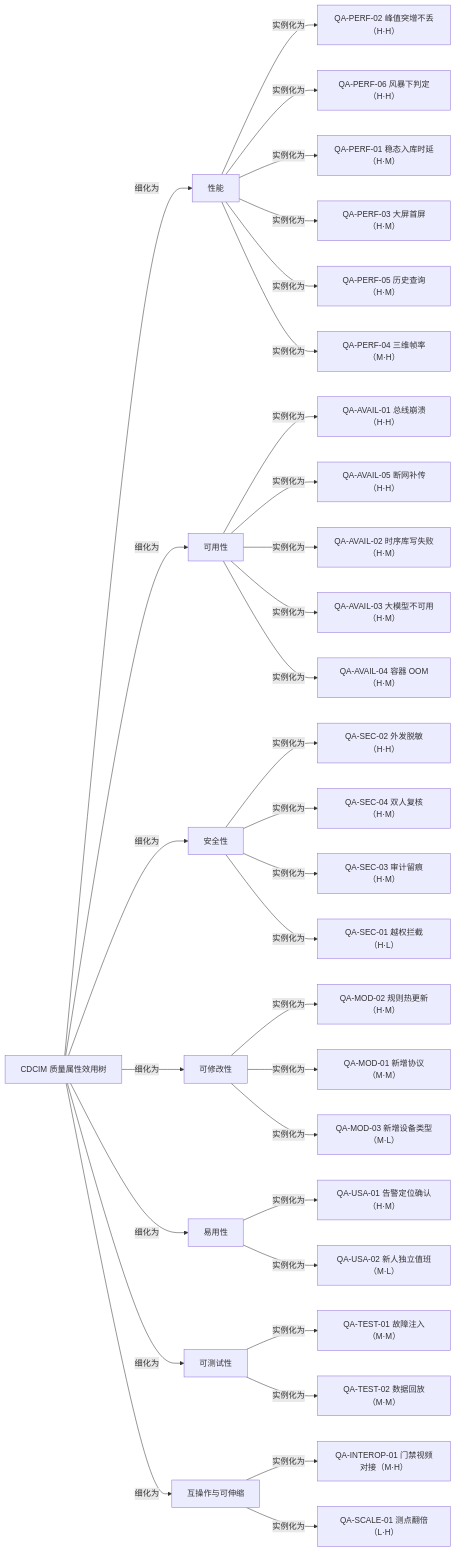
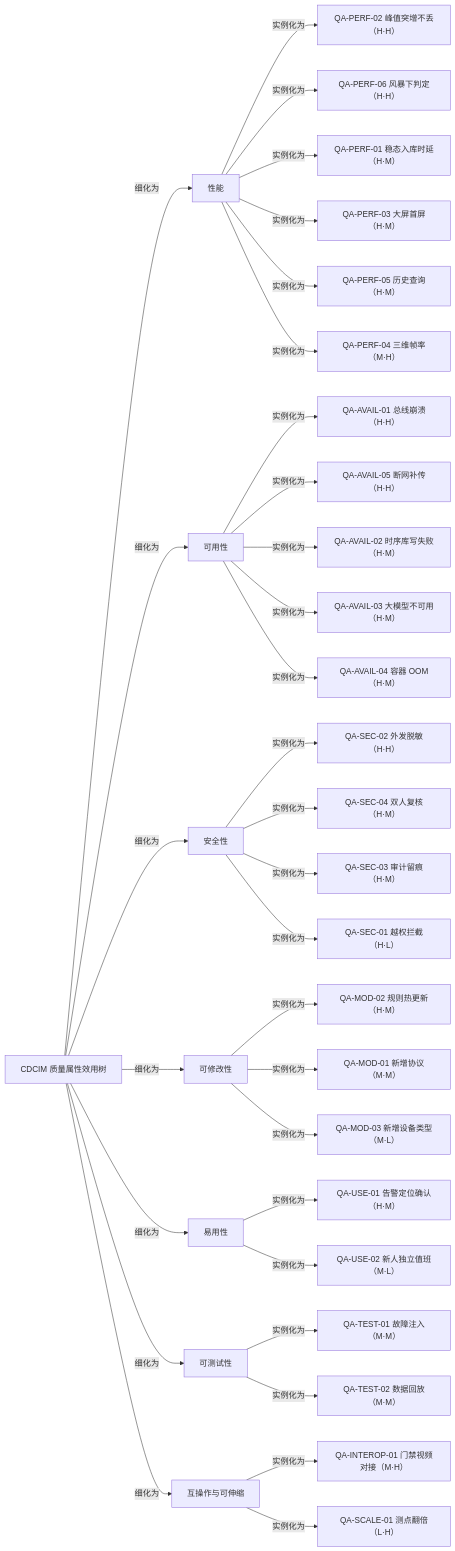
Before and after one commit to smornfly/CDCIM: the diagram in docs/02-需求/04-质量属性效用树.md, drawn with Mermaid. The commit also changed other lines of this file and 2 other files, not shown here.

````diff
--- a/docs/02-需求/04-质量属性效用树.md
+++ b/docs/02-需求/04-质量属性效用树.md
@@ -77,51 +77,51 @@
 ```mermaid
 flowchart LR
     ROOT["CDCIM 质量属性效用树"]
 
     QP["性能"]
     QAV["可用性"]
     QSC["安全性"]
     QMD["可修改性"]
     QUS["易用性"]
     QTS["可测试性"]
     QIO["互操作与可伸缩"]
 
     ROOT -->|"细化为"| QP
     ROOT -->|"细化为"| QAV
     ROOT -->|"细化为"| QSC
     ROOT -->|"细化为"| QMD
     ROOT -->|"细化为"| QUS
     ROOT -->|"细化为"| QTS
     ROOT -->|"细化为"| QIO
 
     QP -->|"实例化为"| QP1["QA-PERF-02 峰值突增不丢（H·H）"]
     QP -->|"实例化为"| QP2["QA-PERF-06 风暴下判定（H·H）"]
     QP -->|"实例化为"| QP3["QA-PERF-01 稳态入库时延（H·M）"]
     QP -->|"实例化为"| QP4["QA-PERF-03 大屏首屏（H·M）"]
     QP -->|"实例化为"| QP5["QA-PERF-05 历史查询（H·M）"]
     QP -->|"实例化为"| QP6["QA-PERF-04 三维帧率（M·H）"]
 
     QAV -->|"实例化为"| QAV1["QA-AVAIL-01 总线崩溃（H·H）"]
     QAV -->|"实例化为"| QAV2["QA-AVAIL-05 断网补传（H·H）"]
     QAV -->|"实例化为"| QAV3["QA-AVAIL-02 时序库写失败（H·M）"]
     QAV -->|"实例化为"| QAV4["QA-AVAIL-03 大模型不可用（H·M）"]
     QAV -->|"实例化为"| QAV5["QA-AVAIL-04 容器 OOM（H·M）"]
 
     QSC -->|"实例化为"| QSC1["QA-SEC-02 外发脱敏（H·H）"]
     QSC -->|"实例化为"| QSC2["QA-SEC-04 双人复核（H·M）"]
     QSC -->|"实例化为"| QSC3["QA-SEC-03 审计留痕（H·M）"]
     QSC -->|"实例化为"| QSC4["QA-SEC-01 越权拦截（H·L）"]
 
     QMD -->|"实例化为"| QMD1["QA-MOD-02 规则热更新（H·M）"]
     QMD -->|"实例化为"| QMD2["QA-MOD-01 新增协议（M·M）"]
     QMD -->|"实例化为"| QMD3["QA-MOD-03 新增设备类型（M·L）"]
 
-    QUS -->|"实例化为"| QUS1["QA-USA-01 告警定位确认（H·M）"]
-    QUS -->|"实例化为"| QUS2["QA-USA-02 新人独立值班（M·L）"]
+    QUS -->|"实例化为"| QUS1["QA-USE-01 告警定位确认（H·M）"]
+    QUS -->|"实例化为"| QUS2["QA-USE-02 新人独立值班（M·L）"]
 
     QTS -->|"实例化为"| QTS1["QA-TEST-01 故障注入（M·M）"]
     QTS -->|"实例化为"| QTS2["QA-TEST-02 数据回放（M·M）"]
 
     QIO -->|"实例化为"| QIO1["QA-INTEROP-01 门禁视频对接（M·H）"]
     QIO -->|"实例化为"| QIO2["QA-SCALE-01 测点翻倍（L·H）"]
 ```
````
